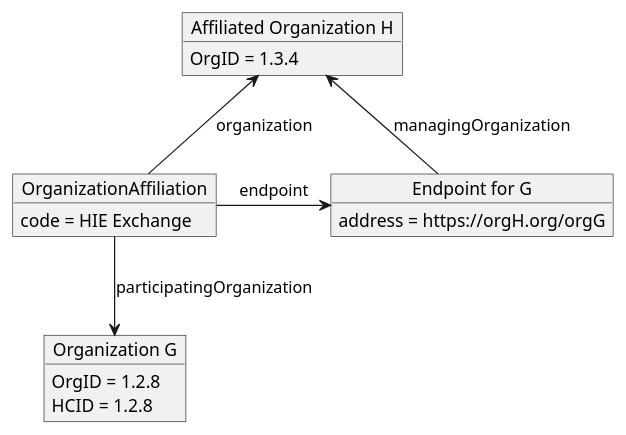
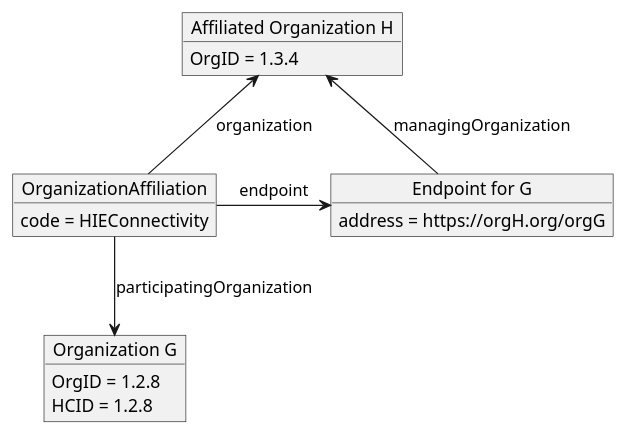
One commit to IHE/ITI.Topologies changed the diagram in images-source/dir-org-specific-endpoint-from-affil.plantuml. Above: the diagram before and after it, drawn with PlantUML. The commit also changed 10 other files, not shown here.

```diff
--- a/images-source/dir-org-specific-endpoint-from-affil.plantuml
+++ b/images-source/dir-org-specific-endpoint-from-affil.plantuml
@@ -1,19 +1,19 @@
 @startuml dir-org-specific-endpoint-from-affil
 hide footbox
 
 object "Organization G" as OrganizationG
 OrganizationG : OrgID = 1.2.8
 OrganizationG : HCID = 1.2.8
 object "Affiliated Organization H" as OrganizationH
 OrganizationH : OrgID = 1.3.4
 object "OrganizationAffiliation" as OrgAff
-OrgAff : code = HIE Exchange
+OrgAff : code = HIEConnectivity
 object "Endpoint for G" as EndpointG
 EndpointG : address = https://orgH.org/orgG
 
 OrgAff --> OrganizationG : participatingOrganization
 OrganizationH <-- OrgAff : organization
 OrgAff -> EndpointG : endpoint
 OrganizationH <- EndpointG : managingOrganization
 
 @enduml
```
